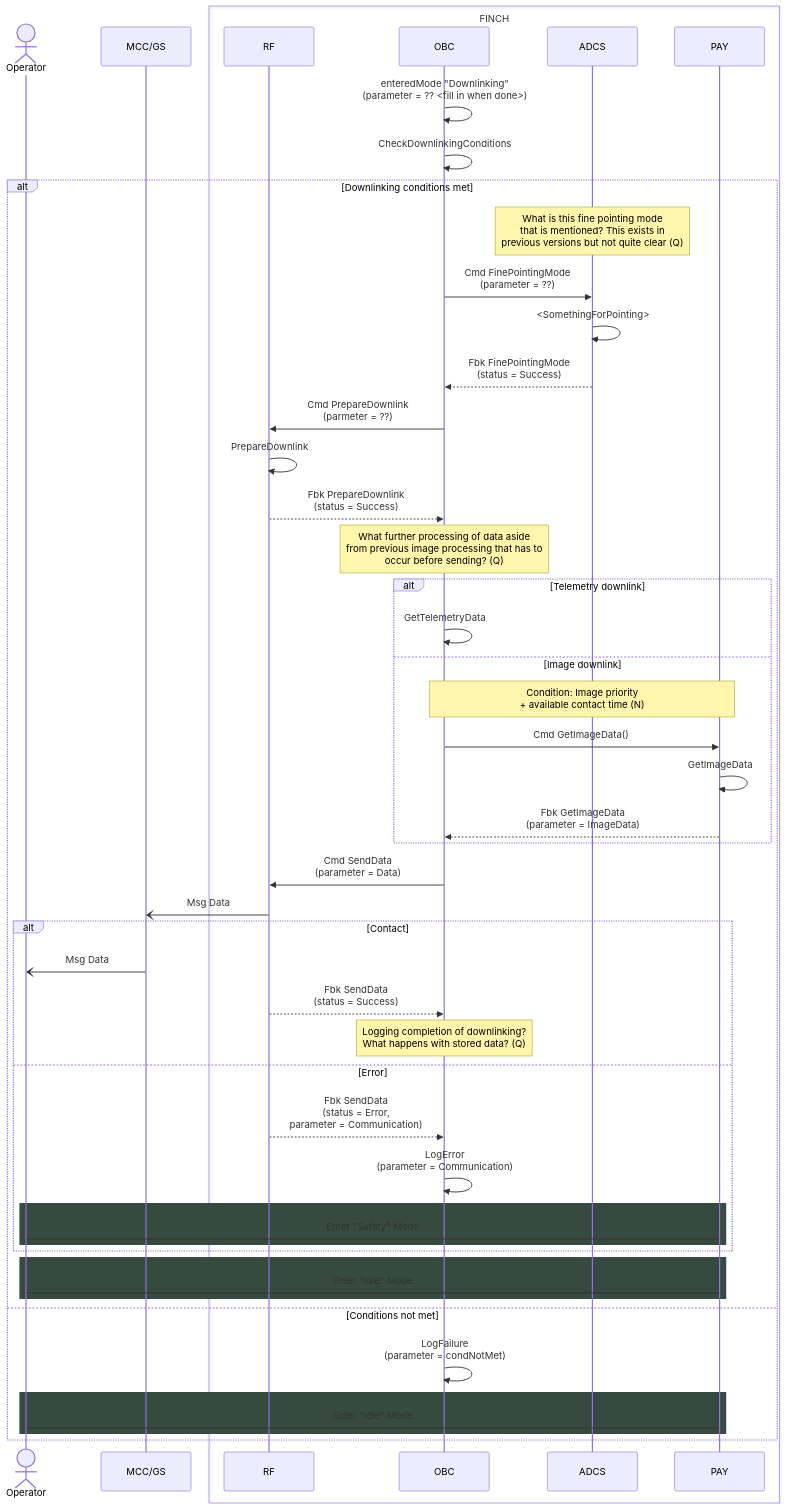
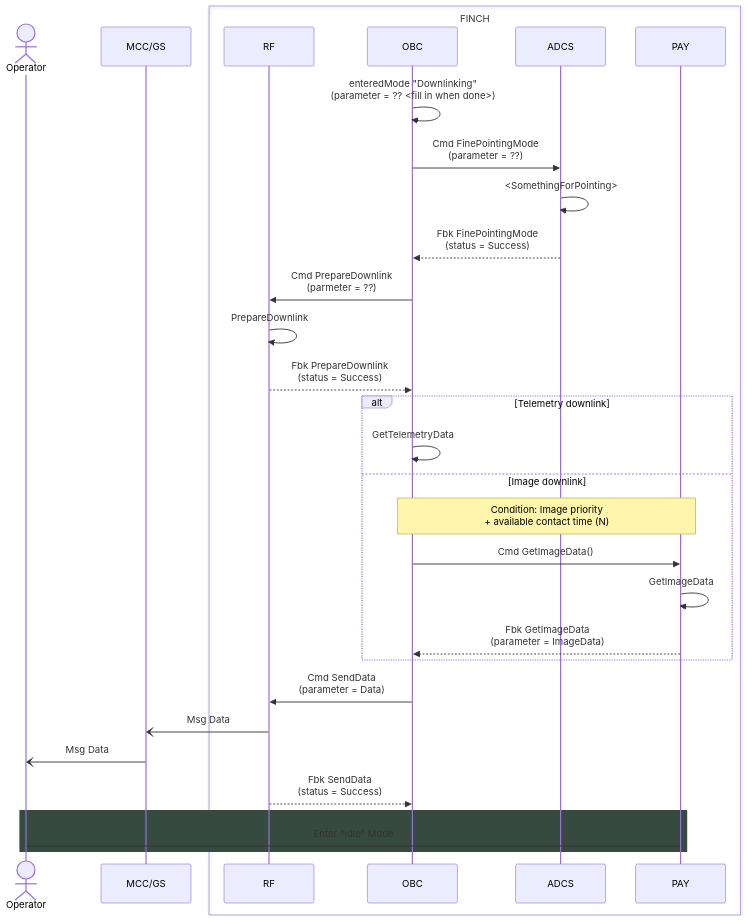
One commit to Addy-lit/FINCH-system-architecture changed the diagram in command sequences/downlinking-command.md. Above: the diagram before and after it, drawn with Mermaid.

````diff
--- a/command sequences/downlinking-command.md
+++ b/command sequences/downlinking-command.md
@@ -2,61 +2,44 @@
 ```mermaid
 
 sequenceDiagram
 
     actor Operator
     participant MCC/GS
     box FINCH
         participant RF
         participant OBC
         participant ADCS
         participant PAY
     end
 
     OBC ->> OBC: enteredMode "Downlinking" <br> (parameter = ?? <fill in when done>)
-    OBC ->> OBC: CheckDownlinkingConditions
 
-    alt Downlinking conditions met
-        note over ADCS: What is this fine pointing mode <br> that is mentioned? This exists in <br> previous versions but not quite clear (Q)
         OBC ->> ADCS: Cmd FinePointingMode <br> (parameter = ??)
         ADCS ->> ADCS: <SomethingForPointing>
         ADCS -->> OBC: Fbk FinePointingMode <br> (status = Success)
 
         OBC ->> RF: Cmd PrepareDownlink <br> (parmeter = ??)
         RF ->> RF: PrepareDownlink
         RF -->> OBC: Fbk PrepareDownlink <br> (status = Success)
 
-        note over OBC: What further processing of data aside <br> from previous image processing that has to <br> occur before sending?  (Q)
         alt Telemetry downlink
             OBC ->> OBC: GetTelemetryData
         else Image downlink
             note over OBC,PAY: Condition: Image priority <br> + available contact time (N)
             OBC ->> PAY: Cmd GetImageData()
             PAY ->> PAY: GetImageData
             PAY -->> OBC: Fbk GetImageData <br> (parameter = ImageData)
         end
 
         OBC ->> RF: Cmd SendData <br> (parameter = Data)
         RF -) MCC/GS: Msg Data
-        alt Contact
+
             MCC/GS -) Operator: Msg Data
             RF -->> OBC: Fbk SendData <br> (status = Success)
-			note over OBC: Logging completion of downlinking? <br> What happens with stored data? (Q)
-        else Error
-            RF -->> OBC: Fbk SendData <br> (status = Error, <br> parameter = Communication)
-            OBC ->> OBC: LogError <br> (parameter = Communication)
-            rect rgb(54,74,63)
-                Operator -> PAY: Enter "Safety" Mode
-            end
-        end
+
 
         rect rgb(54,74,63)
 	        Operator -> PAY: Enter "Idle" Mode
         end
-    else Conditions not met
-        OBC ->> OBC: LogFailure <br> (parameter = condNotMet)
-        rect rgb(54,74,63)
-	        Operator -> PAY: Enter "Idle" Mode
-        end
-    end
 
 ```
````
